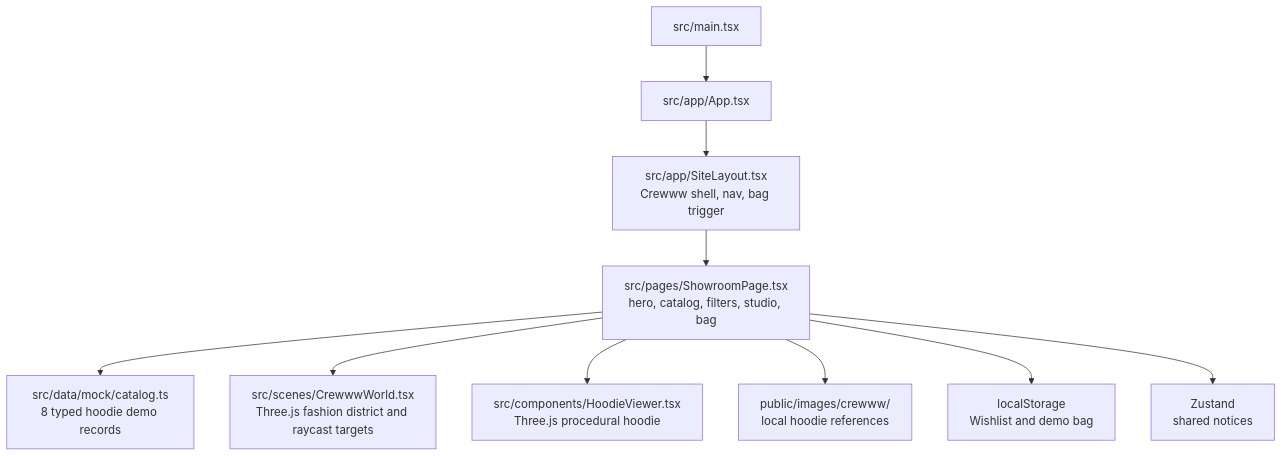
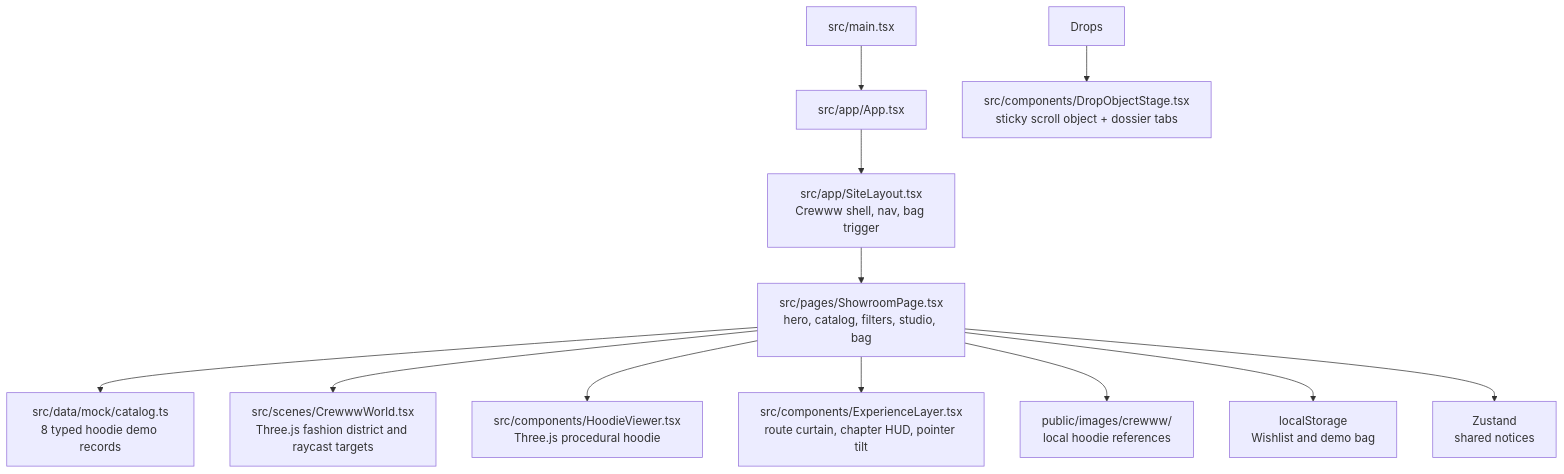
Before and after one commit to mjbeefrags-web/Crew: the diagram in docs/showroom-architecture.md, drawn with Mermaid. The commit also changed other lines of this file and 10 other files, not shown here.

First line of the commit message:
docs(drop-experience): upgrade dev docs and visual captures

````diff
--- a/docs/showroom-architecture.md
+++ b/docs/showroom-architecture.md
@@ -7,12 +7,14 @@
 ```mermaid
 flowchart TD
   Main[src/main.tsx] --> App[src/app/App.tsx]
   App --> Layout[src/app/SiteLayout.tsx\nCrewww shell, nav, bag trigger]
   Layout --> Showroom[src/pages/ShowroomPage.tsx\nhero, catalog, filters, studio, bag]
   Showroom --> Catalog[src/data/mock/catalog.ts\n8 typed hoodie demo records]
   Showroom --> World[src/scenes/CrewwwWorld.tsx\nThree.js fashion district and raycast targets]
   Showroom --> Viewer[src/components/HoodieViewer.tsx\nThree.js procedural hoodie]
+  Showroom --> Experience[src/components/ExperienceLayer.tsx\nroute curtain, chapter HUD, pointer tilt]
+  Drops --> ObjectStage[src/components/DropObjectStage.tsx\nsticky scroll object + dossier tabs]
   Showroom --> Images[public/images/crewww/\nlocal hoodie references]
   Showroom --> Storage[localStorage\nWishlist and demo bag]
   Showroom --> UI[Zustand\nshared notices]
 ```
````
